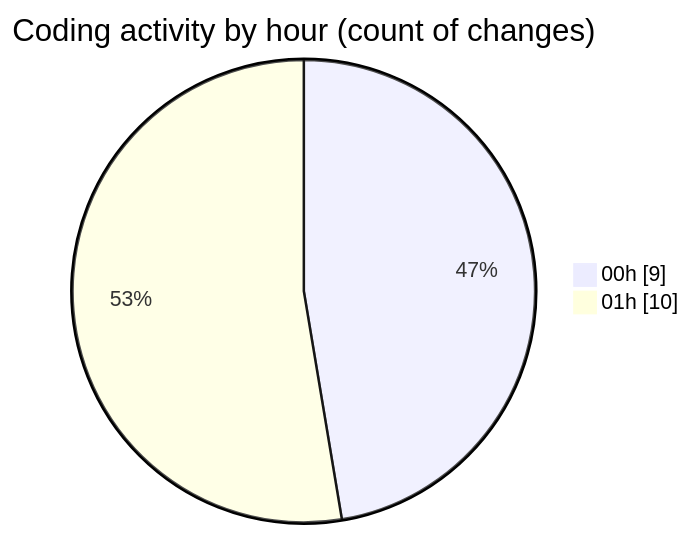
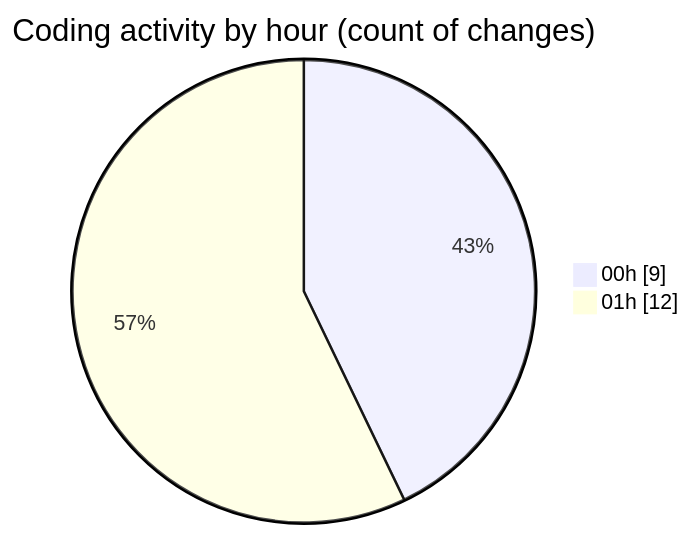
The second of 2 diagrams in 2025-11-18/eventscop-frontend-guide__workspace_/README.md (julien-gomy/code-tracking), drawn with Mermaid before and after one commit. The commit also changed other lines of this file and 1 other file, not shown here.

````diff
--- a/2025-11-18/eventscop-frontend-guide__workspace_/README.md
+++ b/2025-11-18/eventscop-frontend-guide__workspace_/README.md
@@ -29,6 +29,6 @@
 ```mermaid
 pie showData
 title Coding activity by hour (count of changes)
 "00h" : 9
-"01h" : 10
+"01h" : 12
 ```
````
